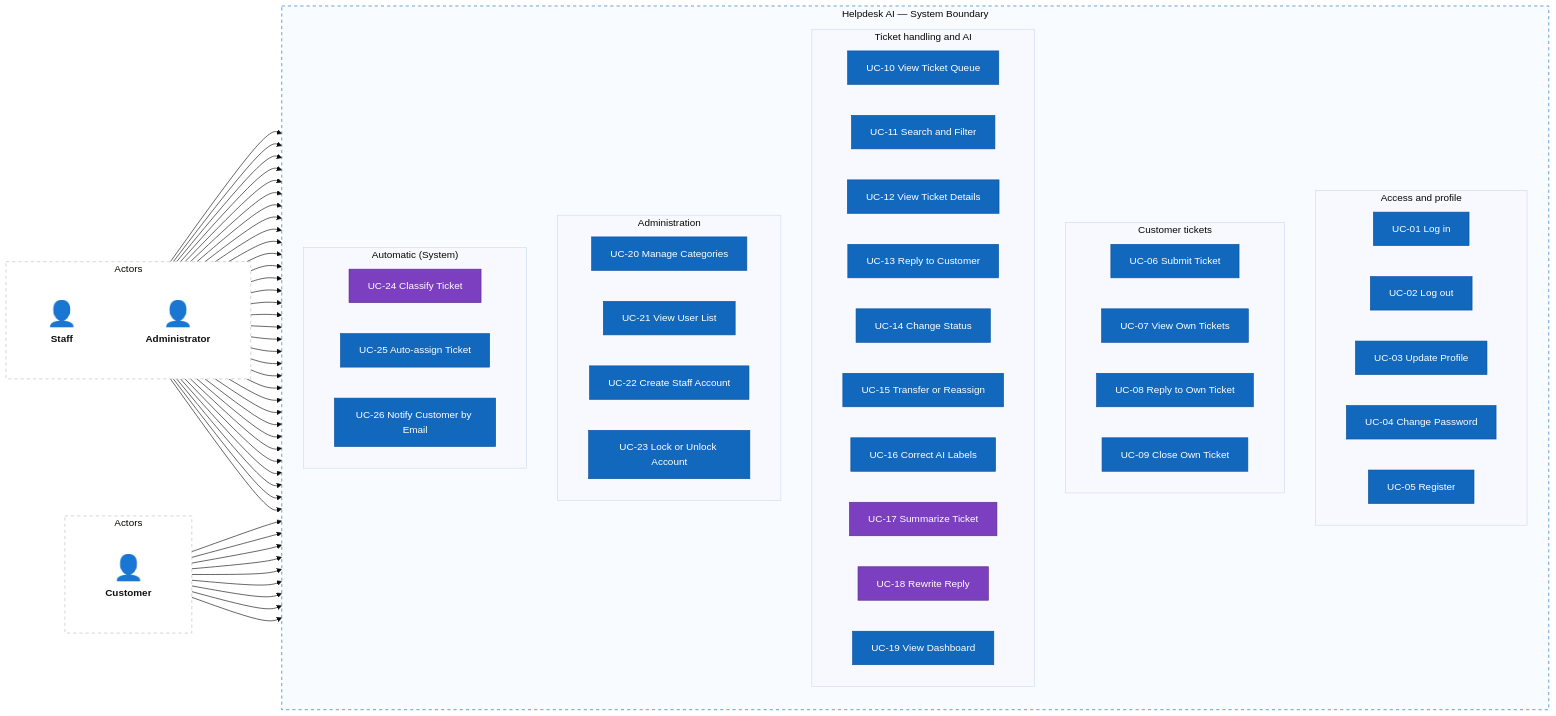
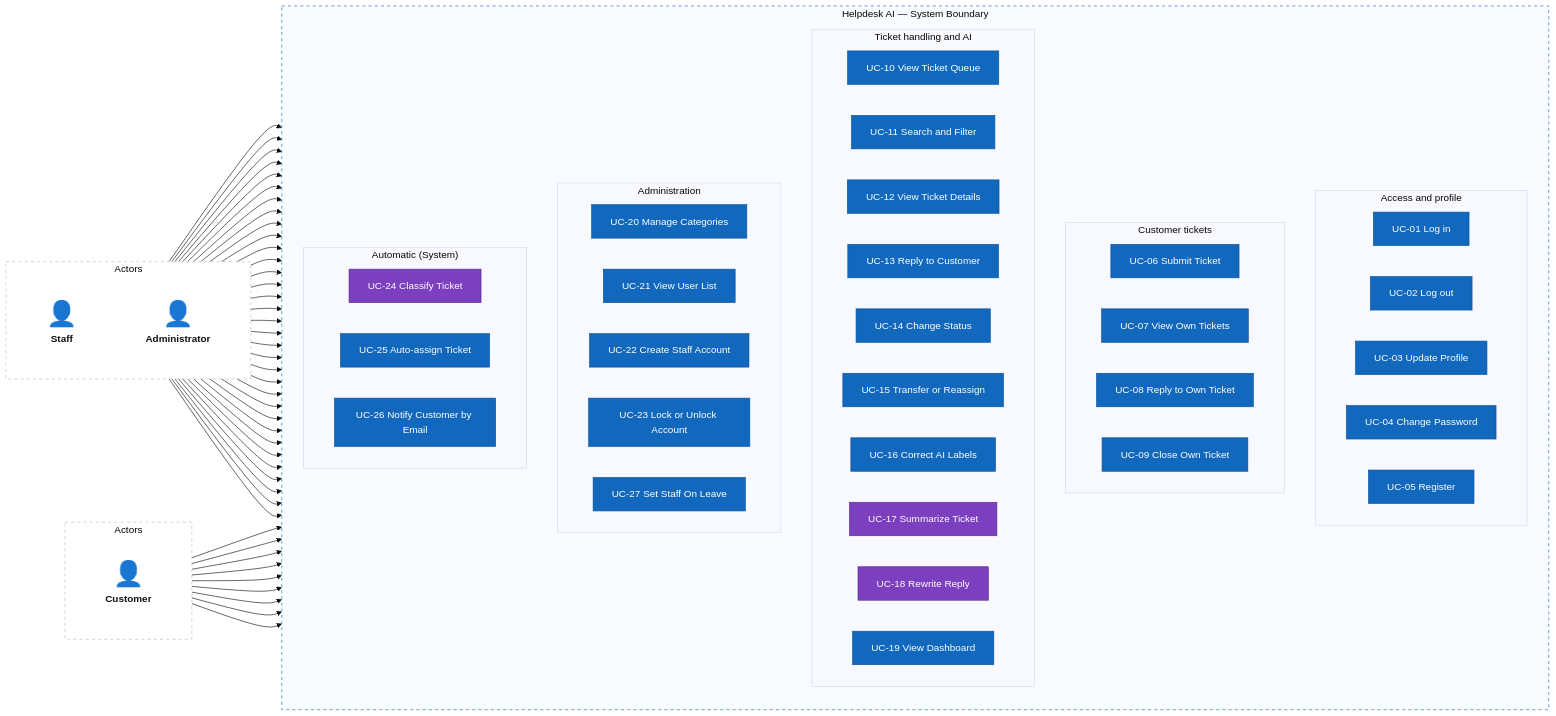
The first of 2 diagrams in docs/02-usecases-userstories/01-use-cases.md (minhtuann1102/HelpdeskAI), drawn with Mermaid (base theme) before and after one commit. The commit also changed other lines of this file and 26 other files, not shown here.

First line of the commit message:
docs: add Staff on leave set by the Administrator (D-20, US-36)

````diff
--- a/docs/02-usecases-userstories/01-use-cases.md
+++ b/docs/02-usecases-userstories/01-use-cases.md
@@ -52,72 +53,73 @@
 ```mermaid
 flowchart LR
     subgraph left["Actors"]
         direction TB
         customer["<span style='font-size:40px'>👤</span><br/><b>Customer</b>"]
     end
 
     subgraph system["Helpdesk AI — System Boundary"]
         direction TB
         subgraph access["Access and profile"]
             direction LR
             uc01["UC-01 Log in"]
             uc02["UC-02 Log out"]
             uc03["UC-03 Update Profile"]
             uc04["UC-04 Change Password"]
             uc05["UC-05 Register"]
         end
         subgraph customerTickets["Customer tickets"]
             direction LR
             uc06["UC-06 Submit Ticket"]
             uc07["UC-07 View Own Tickets"]
             uc08["UC-08 Reply to Own Ticket"]
             uc09["UC-09 Close Own Ticket"]
         end
         subgraph handling["Ticket handling and AI"]
             direction LR
             uc10["UC-10 View Ticket Queue"]
             uc11["UC-11 Search and Filter"]
             uc12["UC-12 View Ticket Details"]
             uc13["UC-13 Reply to Customer"]
             uc14["UC-14 Change Status"]
             uc15["UC-15 Transfer or Reassign"]
             uc16["UC-16 Correct AI Labels"]
             uc17["UC-17 Summarize Ticket"]
             uc18["UC-18 Rewrite Reply"]
             uc19["UC-19 View Dashboard"]
         end
         subgraph administration["Administration"]
             direction LR
             uc20["UC-20 Manage Categories"]
             uc21["UC-21 View User List"]
             uc22["UC-22 Create Staff Account"]
             uc23["UC-23 Lock or Unlock Account"]
+            uc27["UC-27 Set Staff On Leave"]
         end
         subgraph automatic["Automatic (System)"]
             direction LR
             uc24["UC-24 Classify Ticket"]
             uc25["UC-25 Auto-assign Ticket"]
             uc26["UC-26 Notify Customer by Email"]
         end
     end
 
     subgraph right["Actors"]
         direction TB
         staff["<span style='font-size:40px'>👤</span><br/><b>Staff</b>"]
         admin["<span style='font-size:40px'>👤</span><br/><b>Administrator</b>"]
     end
 
     customer --> uc01 & uc02 & uc03 & uc04 & uc05 & uc06 & uc07 & uc08 & uc09
     staff --> uc01 & uc02 & uc03 & uc04 & uc10 & uc11 & uc12 & uc13 & uc14 & uc15 & uc16 & uc17 & uc18 & uc19
-    admin --> uc01 & uc02 & uc03 & uc04 & uc10 & uc11 & uc12 & uc13 & uc14 & uc15 & uc16 & uc17 & uc18 & uc19 & uc20 & uc21 & uc22 & uc23
+    admin --> uc01 & uc02 & uc03 & uc04 & uc10 & uc11 & uc12 & uc13 & uc14 & uc15 & uc16 & uc17 & uc18 & uc19 & uc20 & uc21 & uc22 & uc23 & uc27
 
     classDef actor fill:none,stroke:none,color:#111
     classDef usecase fill:#1168bd,color:#fff,stroke:#0b4f9e
     classDef ai fill:#7b3fbf,color:#fff,stroke:#5a2d8c
     class customer,staff,admin actor
-    class uc01,uc02,uc03,uc04,uc05,uc06,uc07,uc08,uc09,uc10,uc11,uc12,uc13,uc14,uc15,uc16,uc19,uc20,uc21,uc22,uc23,uc25,uc26 usecase
+    class uc01,uc02,uc03,uc04,uc05,uc06,uc07,uc08,uc09,uc10,uc11,uc12,uc13,uc14,uc15,uc16,uc19,uc20,uc21,uc22,uc23,uc25,uc26,uc27 usecase
     class uc17,uc18,uc24 ai
     style left fill:#fff,stroke:#bbb,stroke-dasharray:5 5
     style right fill:#fff,stroke:#bbb,stroke-dasharray:5 5
     style system fill:#f8fbff,stroke:#1168bd,stroke-dasharray:5 5
 ```
````
